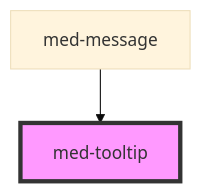
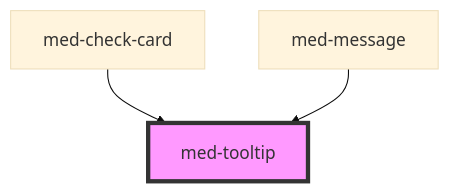
Before and after one commit to MEDGRUPOGIT/ionic-framework-1: the diagram in core/src/components/@medgrupo/global/med-tooltip/readme.md, drawn with Mermaid (base theme). The commit also changed other lines of this file and 17 other files, not shown here.

Commit message:
check-card

````diff
--- a/core/src/components/@medgrupo/global/med-tooltip/readme.md
+++ b/core/src/components/@medgrupo/global/med-tooltip/readme.md
@@ -49,5 +42,6 @@
 ```mermaid
 graph TD;
+  med-check-card --> med-tooltip
   med-message --> med-tooltip
   style med-tooltip fill:#f9f,stroke:#333,stroke-width:4px
 ```
````
